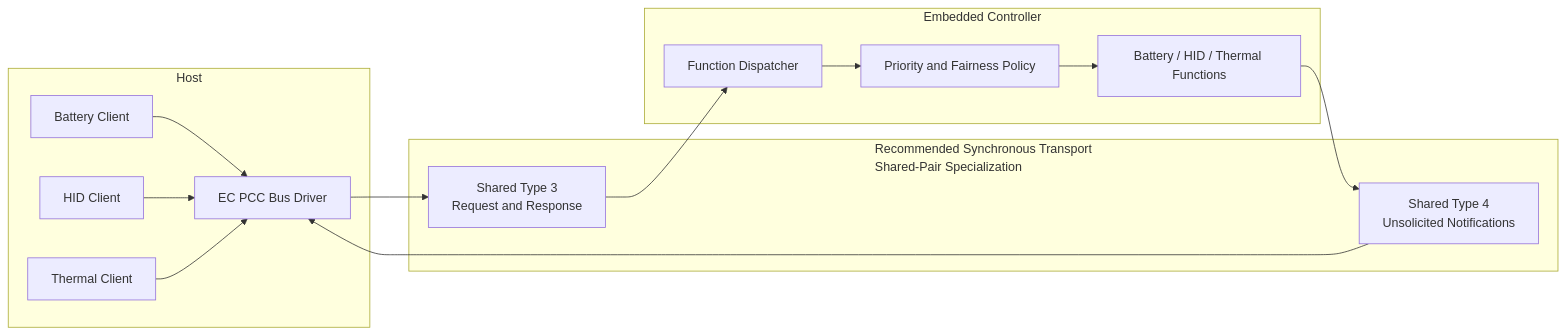
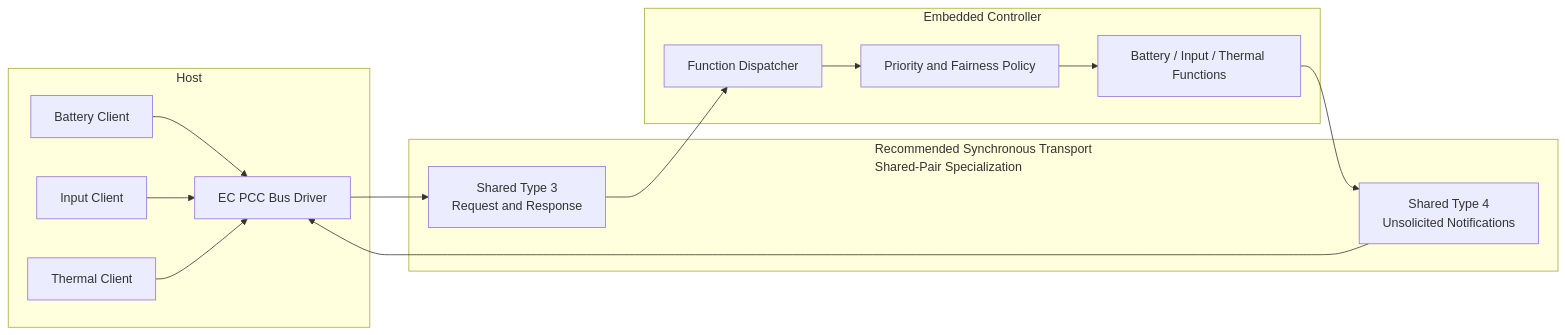
The eighth of 11 diagrams in docs/src/specs/ec_interface/espi/espi_pcc_draft.md (OpenDevicePartnership/odp-embedded-controller), drawn with Mermaid before and after one commit. The commit also changed other lines of this file and 2 other files, not shown here.

First line of the commit message:
docs(hid): Add eSPI PCC HID overlay

````diff
--- a/docs/src/specs/ec_interface/espi/espi_pcc_draft.md
+++ b/docs/src/specs/ec_interface/espi/espi_pcc_draft.md
@@ -543,27 +545,27 @@
 ```mermaid
 flowchart LR
     subgraph Host["Host"]
         BUS["EC PCC Bus Driver"]
         BAT["Battery Client"]
-        HID["HID Client"]
+        INPUT["Input Client"]
         THM["Thermal Client"]
         BAT --> BUS
-        HID --> BUS
+        INPUT --> BUS
         THM --> BUS
     end
 
     subgraph PCC["Recommended Synchronous Transport<br/>Shared-Pair Specialization"]
         T3["Shared Type 3<br/>Request and Response"]
         T4["Shared Type 4<br/>Unsolicited Notifications"]
     end
 
     subgraph EC["Embedded Controller"]
         DISPATCH["Function Dispatcher"]
         SCHED["Priority and Fairness Policy"]
-        FUNCTIONS["Battery / HID / Thermal Functions"]
+        FUNCTIONS["Battery / Input / Thermal Functions"]
         DISPATCH --> SCHED --> FUNCTIONS
     end
 
     BUS --> T3 --> DISPATCH
     FUNCTIONS --> T4 --> BUS
 ```
````
